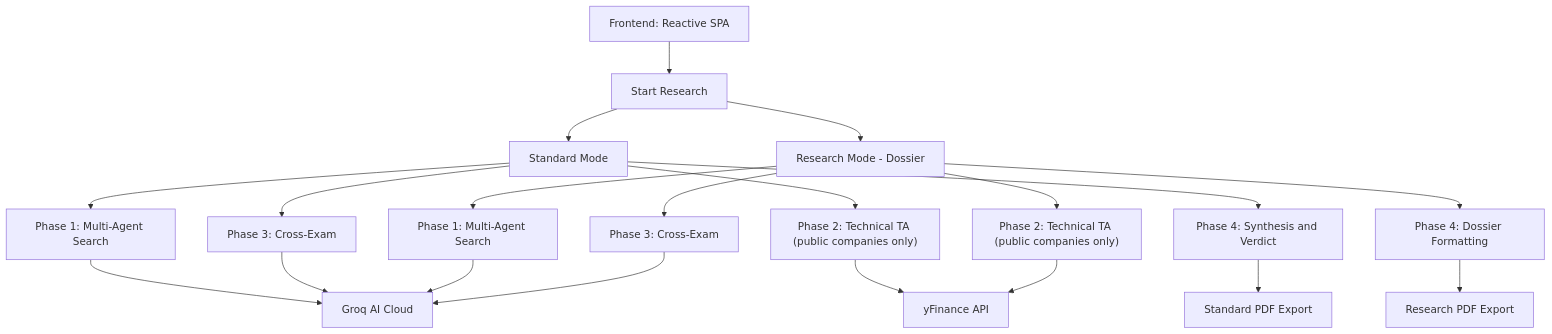
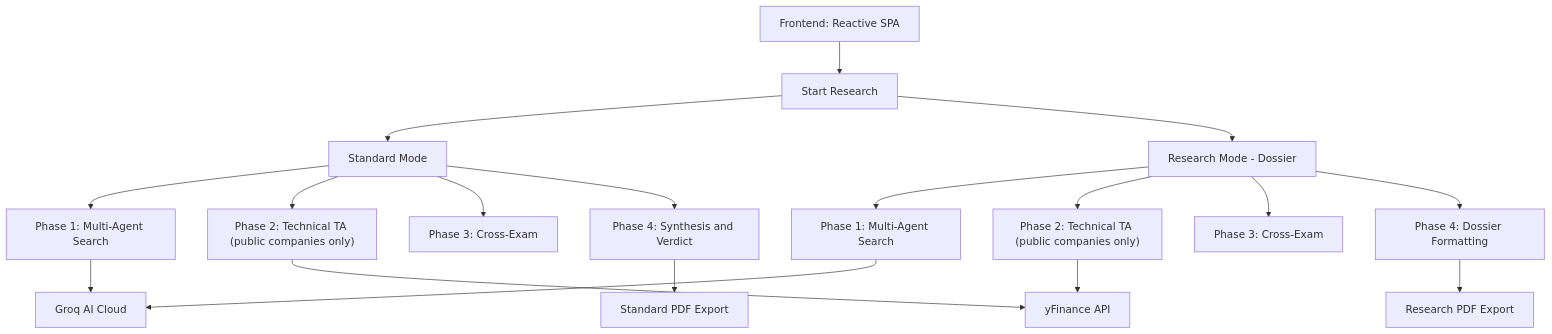
Before and after one commit to aaravg772/AlphaSwarm: the diagram in README.md, drawn with Mermaid.

Commit message:
Remove GROQ references from phase 3 in README
Removed references to GROQ in phases 3 of both SM and RM.

````diff
--- a/README.md
+++ b/README.md
@@ -45,24 +45,22 @@
 ```mermaid
 graph TD
     UI["Frontend: Reactive SPA"] --> SR["Start Research"]
     SR --> SM["Standard Mode"]
     SR --> RM["Research Mode - Dossier"]
 
     SM --> S1["Phase 1: Multi-Agent Search"]
     S1 --> GROQ["Groq AI Cloud"]
     SM --> S2["Phase 2: Technical TA (public companies only)"]
     S2 --> YF["yFinance API"]
     SM --> S3["Phase 3: Cross-Exam"]
-    S3 --> GROQ
     SM --> S4["Phase 4: Synthesis and Verdict"]
     S4 --> SPDF["Standard PDF Export"]
 
     RM --> R1["Phase 1: Multi-Agent Search"]
     R1 --> GROQ
     RM --> R2["Phase 2: Technical TA (public companies only)"]
     R2 --> YF
     RM --> R3["Phase 3: Cross-Exam"]
-    R3 --> GROQ
     RM --> R4["Phase 4: Dossier Formatting"]
     R4 --> RPDF["Research PDF Export"]
 ```
````
